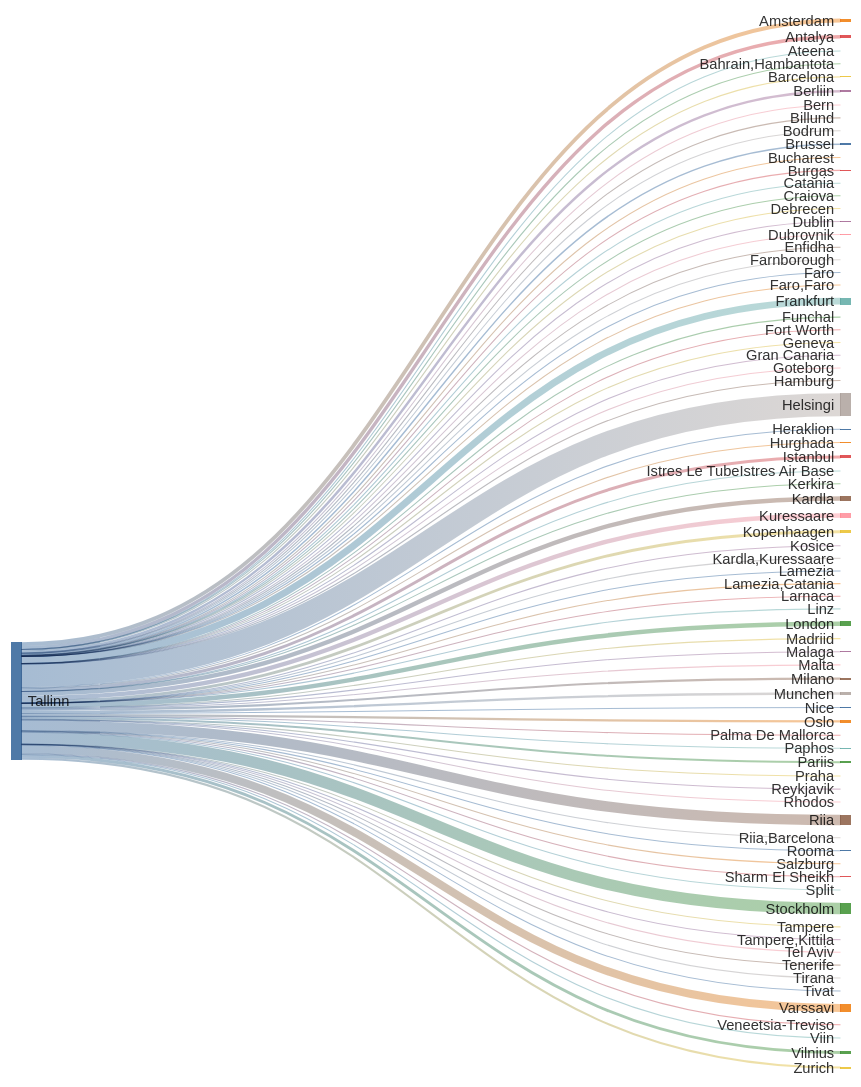
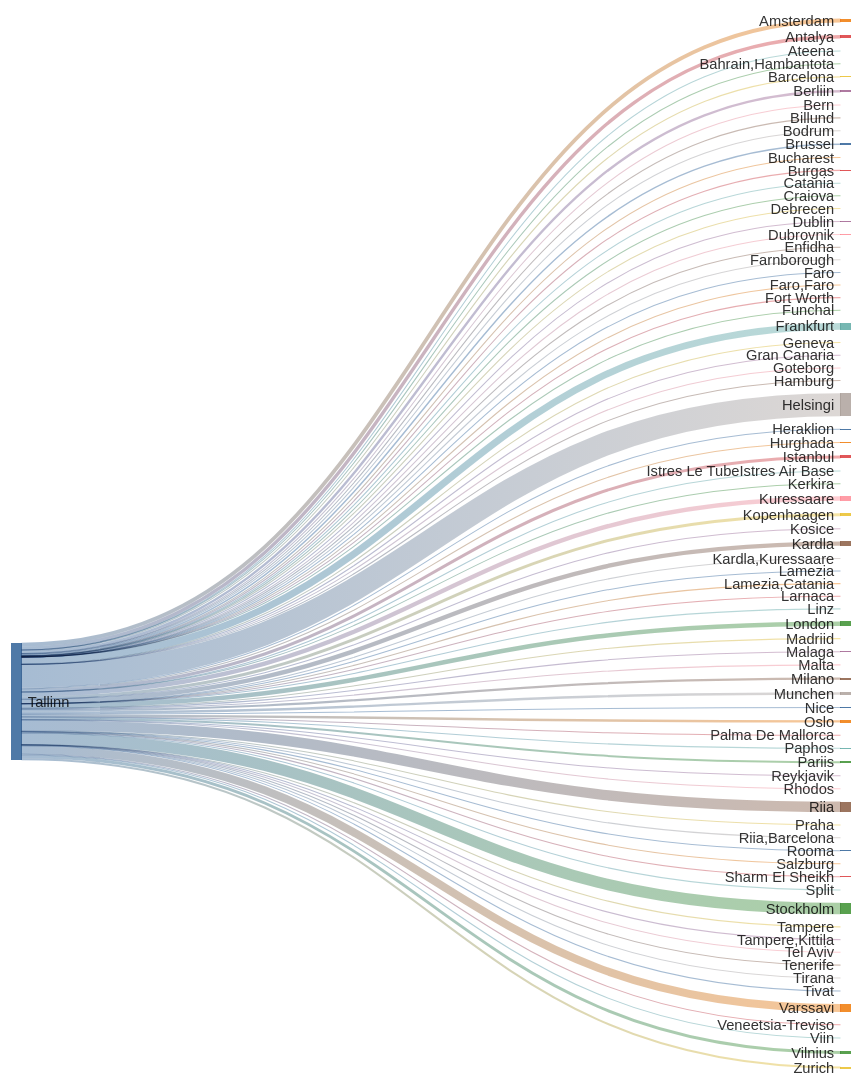
One commit to rainermesi/tll-airport-departures changed the second of 2 diagrams in README.md. Above: the diagram before and after it, drawn with Mermaid. The commit also changed other lines of this file and 1 other file, not shown here.

````diff
--- a/README.md
+++ b/README.md
@@ -41,18 +41,18 @@
 ---
 sankey-beta
 %% source,target,value
-Tallinn,Amsterdam,487
-Tallinn,Antalya,438
+Tallinn,Amsterdam,489
+Tallinn,Antalya,439
 Tallinn,Ateena,16
 Tallinn,"Bahrain,Hambantota",1
 Tallinn,Barcelona,137
-Tallinn,Berliin,308
+Tallinn,Berliin,310
 Tallinn,Bern,1
 Tallinn,Billund,78
 Tallinn,Bodrum,11
 Tallinn,Brussel,189
 Tallinn,Bucharest,1
-Tallinn,Burgas,59
+Tallinn,Burgas,60
 Tallinn,Catania,2
 Tallinn,Craiova,1
 Tallinn,Debrecen,1
@@ -63,59 +63,59 @@
 Tallinn,Faro,4
 Tallinn,"Faro,Faro",1
 Tallinn,Fort Worth,1
-Tallinn,Frankfurt,885
+Tallinn,Frankfurt,888
 Tallinn,Funchal,5
 Tallinn,Geneva,13
 Tallinn,Gran Canaria,38
 Tallinn,Goteborg,2
 Tallinn,Hamburg,2
-Tallinn,Helsingi,2980
-Tallinn,Heraklion,101
+Tallinn,Helsingi,2989
+Tallinn,Heraklion,102
 Tallinn,Hurghada,75
-Tallinn,Istanbul,388
+Tallinn,Istanbul,389
 Tallinn,Istres Le TubeIstres Air Base,2
 Tallinn,Kerkira,4
-Tallinn,Kopenhaagen,371
+Tallinn,Kopenhaagen,374
 Tallinn,Kosice,1
-Tallinn,Kuressaare,564
-Tallinn,Kardla,566
+Tallinn,Kuressaare,566
+Tallinn,Kardla,568
 Tallinn,"Kardla,Kuressaare",1
 Tallinn,Lamezia,1
 Tallinn,"Lamezia,Catania",3
 Tallinn,Larnaca,4
 Tallinn,Linz,2
-Tallinn,London,581
+Tallinn,London,582
 Tallinn,Madriid,4
 Tallinn,Malaga,120
 Tallinn,Malta,29
-Tallinn,Milano,272
-Tallinn,Munchen,303
-Tallinn,Nice,52
-Tallinn,Oslo,301
+Tallinn,Milano,273
+Tallinn,Munchen,305
+Tallinn,Nice,53
+Tallinn,Oslo,302
 Tallinn,Palma De Mallorca,33
 Tallinn,Paphos,66
-Tallinn,Pariis,259
+Tallinn,Pariis,260
 Tallinn,Praha,87
-Tallinn,Reykjavik,19
+Tallinn,Reykjavik,20
 Tallinn,Rhodos,60
-Tallinn,Riia,1339
+Tallinn,Riia,1343
 Tallinn,"Riia,Barcelona",1
 Tallinn,Rooma,80
 Tallinn,Salzburg,14
 Tallinn,Sharm El Sheikh,103
 Tallinn,Split,53
-Tallinn,Stockholm,1471
+Tallinn,Stockholm,1476
 Tallinn,Tampere,17
 Tallinn,"Tampere,Kittila",21
 Tallinn,Tel Aviv,2
 Tallinn,Tenerife,58
 Tallinn,Tirana,34
 Tallinn,Tivat,67
-Tallinn,Varssavi,1028
+Tallinn,Varssavi,1031
 Tallinn,Veneetsia-Treviso,67
 Tallinn,Viin,106
-Tallinn,Vilnius,372
-Tallinn,Zurich,265
+Tallinn,Vilnius,373
+Tallinn,Zurich,266
 
 
 ```
````
